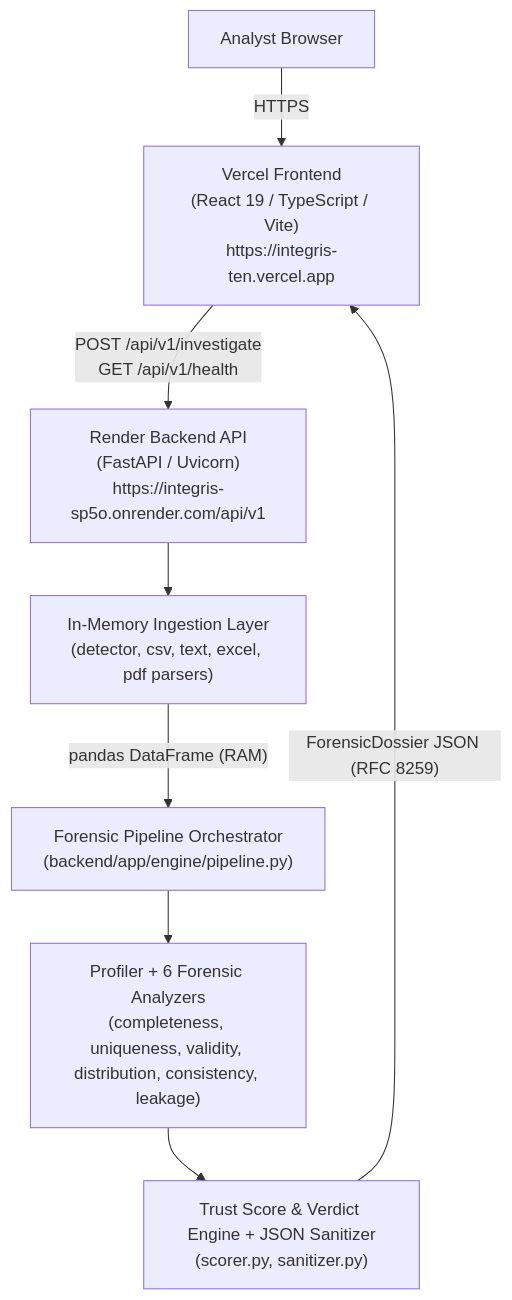
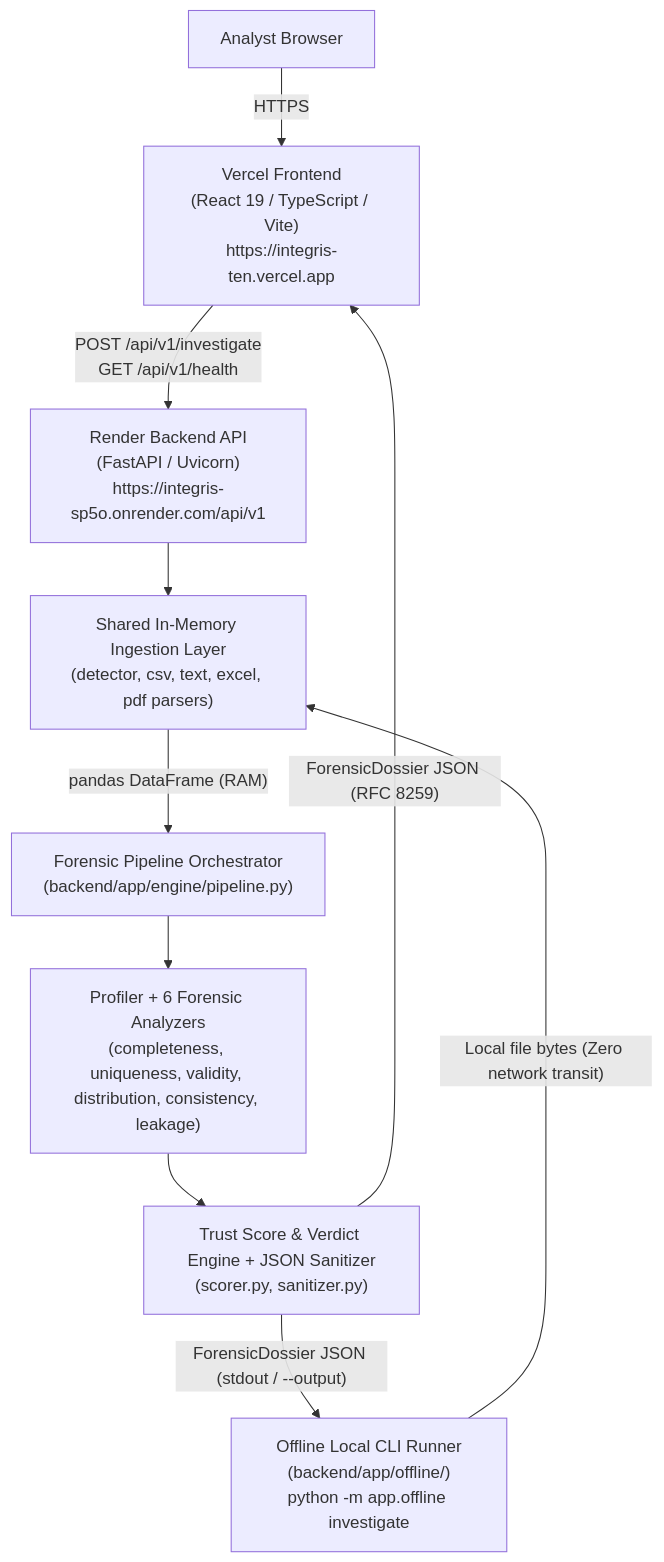
One commit to TERMINATOR7732/integris changed the first of 2 diagrams in docs/ARCHITECTURE.md. Above: the diagram before and after it, drawn with Mermaid. The commit also changed other lines of this file and 9 other files, not shown here.

````diff
--- a/docs/ARCHITECTURE.md
+++ b/docs/ARCHITECTURE.md
@@ -14,18 +14,21 @@
 ```mermaid
 flowchart TD
     Browser["Analyst Browser"]
     Vercel["Vercel Frontend<br/>(React 19 / TypeScript / Vite)<br/>https://integris-ten.vercel.app"]
     Render["Render Backend API<br/>(FastAPI / Uvicorn)<br/>https://integris-sp5o.onrender.com/api/v1"]
-    Ingestion["In-Memory Ingestion Layer<br/>(detector, csv, text, excel, pdf parsers)"]
+    CLI["Offline Local CLI Runner<br/>(backend/app/offline/)<br/>python -m app.offline investigate"]
+    Ingestion["Shared In-Memory Ingestion Layer<br/>(detector, csv, text, excel, pdf parsers)"]
     Pipeline["Forensic Pipeline Orchestrator<br/>(backend/app/engine/pipeline.py)"]
     Analyzers["Profiler + 6 Forensic Analyzers<br/>(completeness, uniqueness, validity, distribution, consistency, leakage)"]
     Scorer["Trust Score & Verdict Engine + JSON Sanitizer<br/>(scorer.py, sanitizer.py)"]
 
     Browser -->|"HTTPS"| Vercel
     Vercel -->|"POST /api/v1/investigate<br/>GET /api/v1/health"| Render
     Render --> Ingestion
+    CLI -->|"Local file bytes (Zero network transit)"| Ingestion
     Ingestion -->|"pandas DataFrame (RAM)"| Pipeline
     Pipeline --> Analyzers
     Analyzers --> Scorer
     Scorer -->|"ForensicDossier JSON (RFC 8259)"| Vercel
+    Scorer -->|"ForensicDossier JSON (stdout / --output)"| CLI
 ```
````
